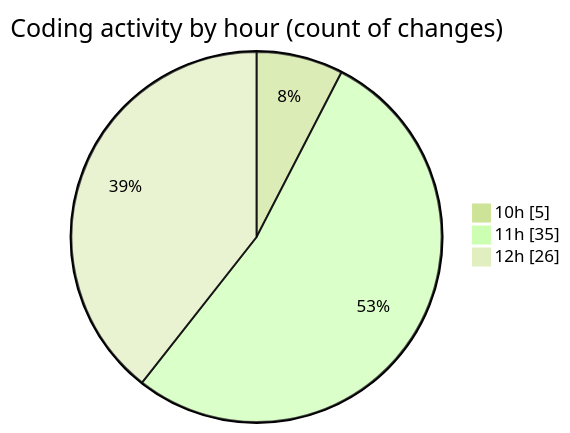
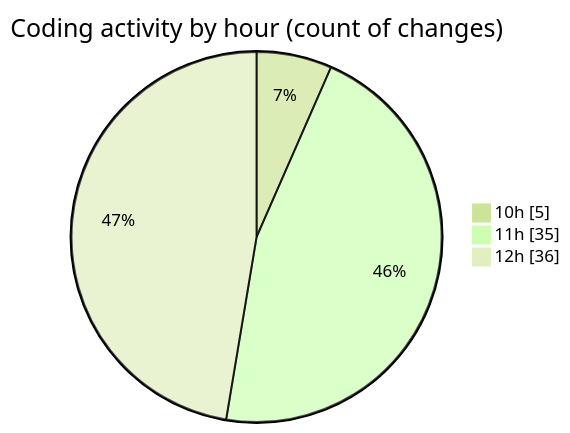
Before and after one commit to nxtqubesakshisongat/code-tracking: the second of 2 diagrams in 2025-09-23/nxtqube_webapp/README.md, drawn with Mermaid (forest theme). The commit also changed other lines of this file and 1 other file, not shown here.

````diff
--- a/2025-09-23/nxtqube_webapp/README.md
+++ b/2025-09-23/nxtqube_webapp/README.md
@@ -32,7 +32,7 @@
 ```mermaid
 pie showData
 title Coding activity by hour (count of changes)
 "10h" : 5
 "11h" : 35
-"12h" : 26
+"12h" : 36
 ```
````
